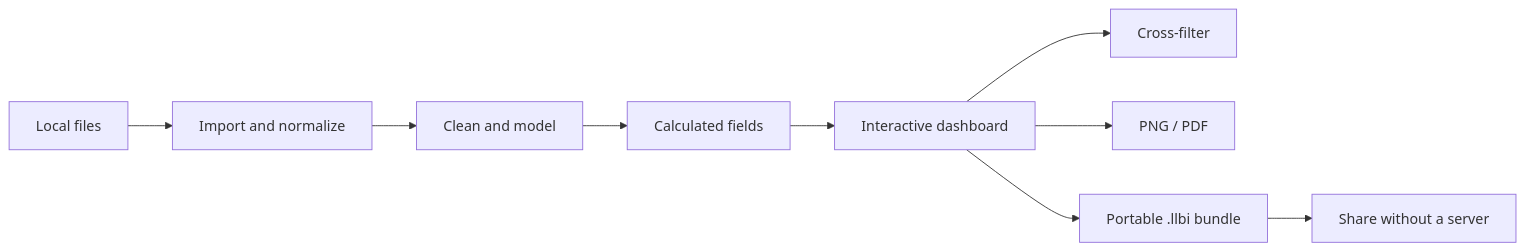
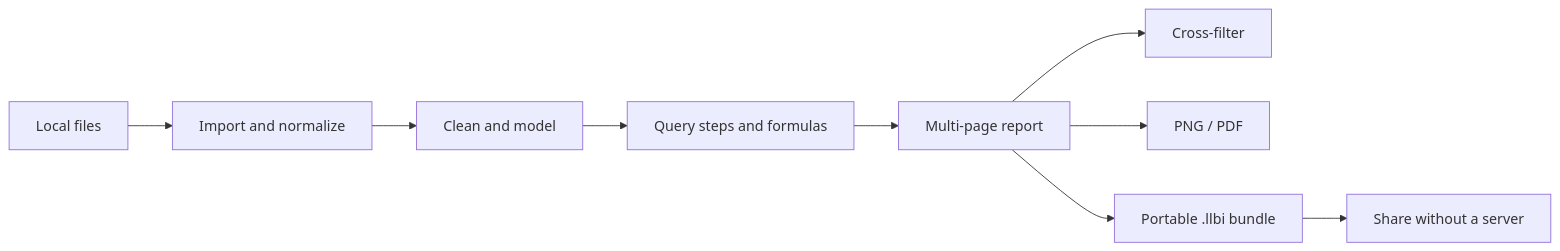
Before and after one commit to mohui666/pivora: the diagram in README.md, drawn with Mermaid. The commit also changed other lines of this file and 13 other files, not shown here.

````diff
--- a/README.md
+++ b/README.md
@@ -46,11 +46,11 @@
 ```mermaid
 flowchart LR
     A[Local files] --> B[Import and normalize]
     B --> C[Clean and model]
-    C --> D[Calculated fields]
-    D --> E[Interactive dashboard]
+    C --> D[Query steps and formulas]
+    D --> E[Multi-page report]
     E --> F[Cross-filter]
     E --> G[PNG / PDF]
     E --> H[Portable .llbi bundle]
     H --> I[Share without a server]
 ```
````
